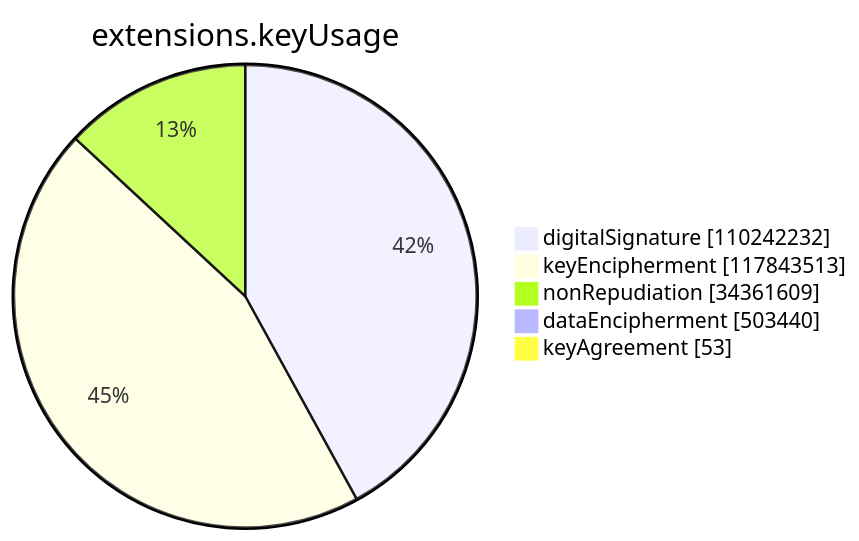
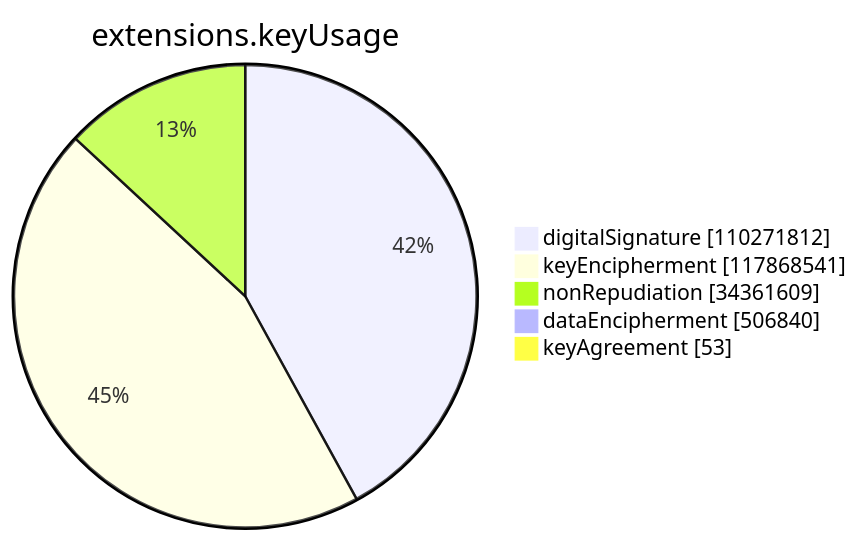
The sixth of 15 diagrams in argon2023/README.md (christiankrug/ctmonitor_visualization), drawn with Mermaid before and after one commit. The commit also changed other lines of this file, not shown here.

````diff
--- a/argon2023/README.md
+++ b/argon2023/README.md
@@ -2139,9 +2139,9 @@
 ```mermaid
 pie showData
 title extensions.keyUsage
-"digitalSignature" :110242232
-"keyEncipherment" :117843513
+"digitalSignature" :110271812
+"keyEncipherment" :117868541
 "nonRepudiation" :34361609
-"dataEncipherment" :503440
+"dataEncipherment" :506840
 "keyAgreement" :53
 ```
````
